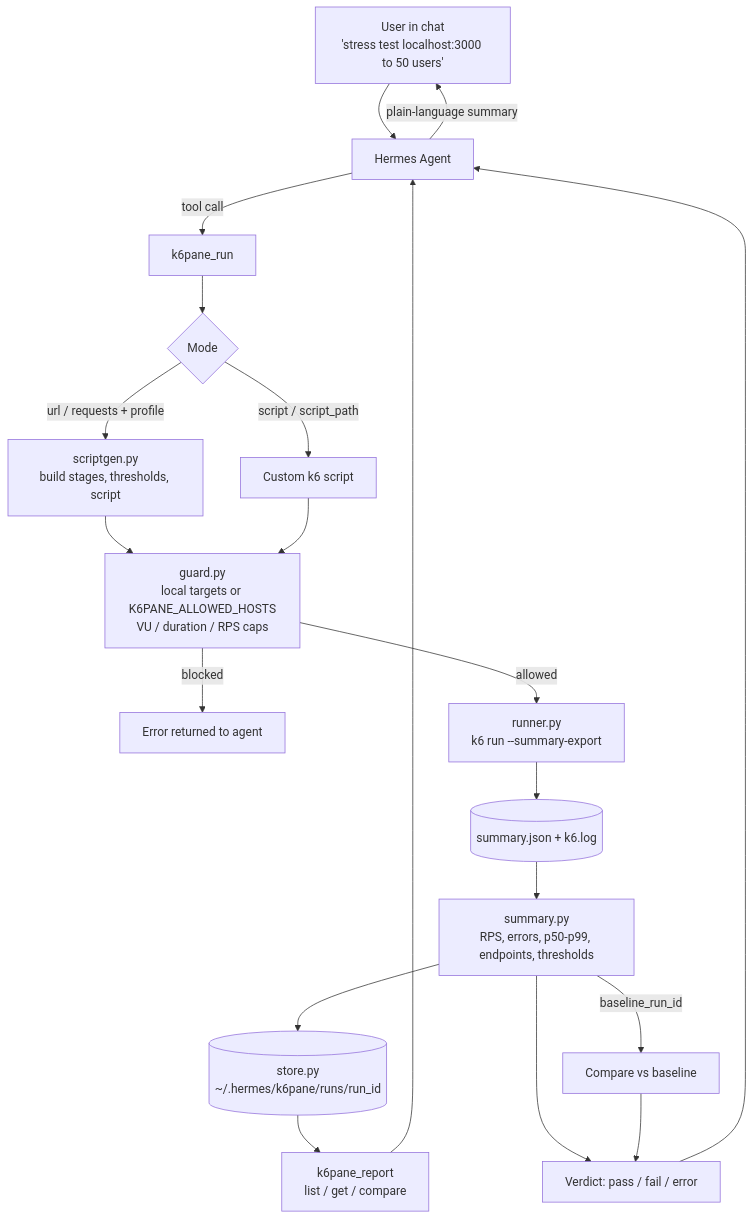
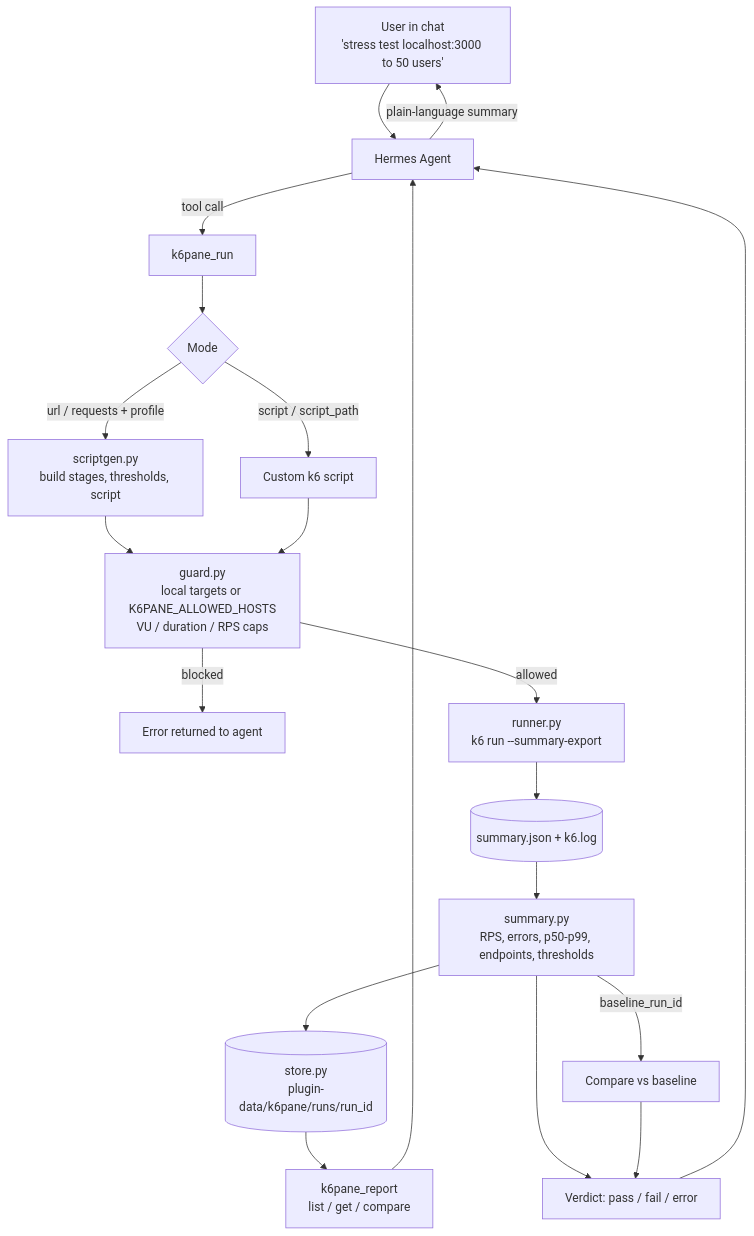
One commit to fozagtx/k6pane changed the diagram in README.md. Above: the diagram before and after it, drawn with Mermaid. The commit also changed other lines of this file and 14 other files, not shown here.

First line of the commit message:
Meet Hermes plugin catalog admission rules (0.3.0)

````diff
--- a/README.md
+++ b/README.md
@@ -56,22 +57,22 @@
 ```mermaid
 flowchart TD
     U["User in chat<br/>'stress test localhost:3000 to 50 users'"] --> H[Hermes Agent]
     H -->|tool call| R[k6pane_run]
     R --> M{Mode}
     M -->|url / requests + profile| G["scriptgen.py<br/>build stages, thresholds, script"]
     M -->|script / script_path| S[Custom k6 script]
     G --> GU["guard.py<br/>local targets or K6PANE_ALLOWED_HOSTS<br/>VU / duration / RPS caps"]
     S --> GU
     GU -->|blocked| E[Error returned to agent]
     GU -->|allowed| K["runner.py<br/>k6 run --summary-export"]
     K --> SE[(summary.json + k6.log)]
     SE --> P["summary.py<br/>RPS, errors, p50-p99, endpoints, thresholds"]
-    P --> ST[("store.py<br/>~/.hermes/k6pane/runs/run_id")]
+    P --> ST[("store.py<br/>plugin-data/k6pane/runs/run_id")]
     P -->|baseline_run_id| C[Compare vs baseline]
     ST --> RP["k6pane_report<br/>list / get / compare"]
     P --> V["Verdict: pass / fail / error"]
     C --> V
     V --> H
     RP --> H
     H -->|plain-language summary| U
 ```
````
